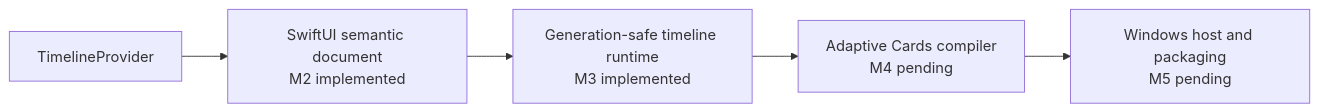
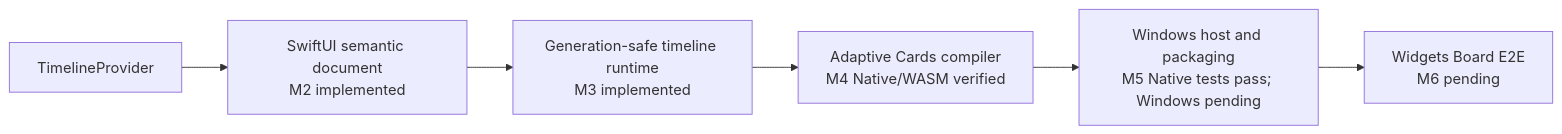
Before and after one commit to 1amageek/OpenWidgetKit: the first of 2 diagrams in README.md, drawn with Mermaid. The commit also changed other lines of this file and 47 other files, not shown here.

Commit message:
Implement Adaptive Cards and Windows widget provider

````diff
--- a/README.md
+++ b/README.md
@@ -51,7 +58,8 @@
 ```mermaid
 flowchart LR
     Provider["TimelineProvider"] --> Document["SwiftUI semantic document<br/>M2 implemented"]
     Document --> Scheduler["Generation-safe timeline runtime<br/>M3 implemented"]
-    Scheduler --> Compiler["Adaptive Cards compiler<br/>M4 pending"]
-    Compiler --> Windows["Windows host and packaging<br/>M5 pending"]
+    Scheduler --> Compiler["Adaptive Cards compiler<br/>M4 Native/WASM verified"]
+    Compiler --> Windows["Windows host and packaging<br/>M5 Native tests pass; Windows pending"]
+    Windows --> Board["Widgets Board E2E<br/>M6 pending"]
 ```
````
